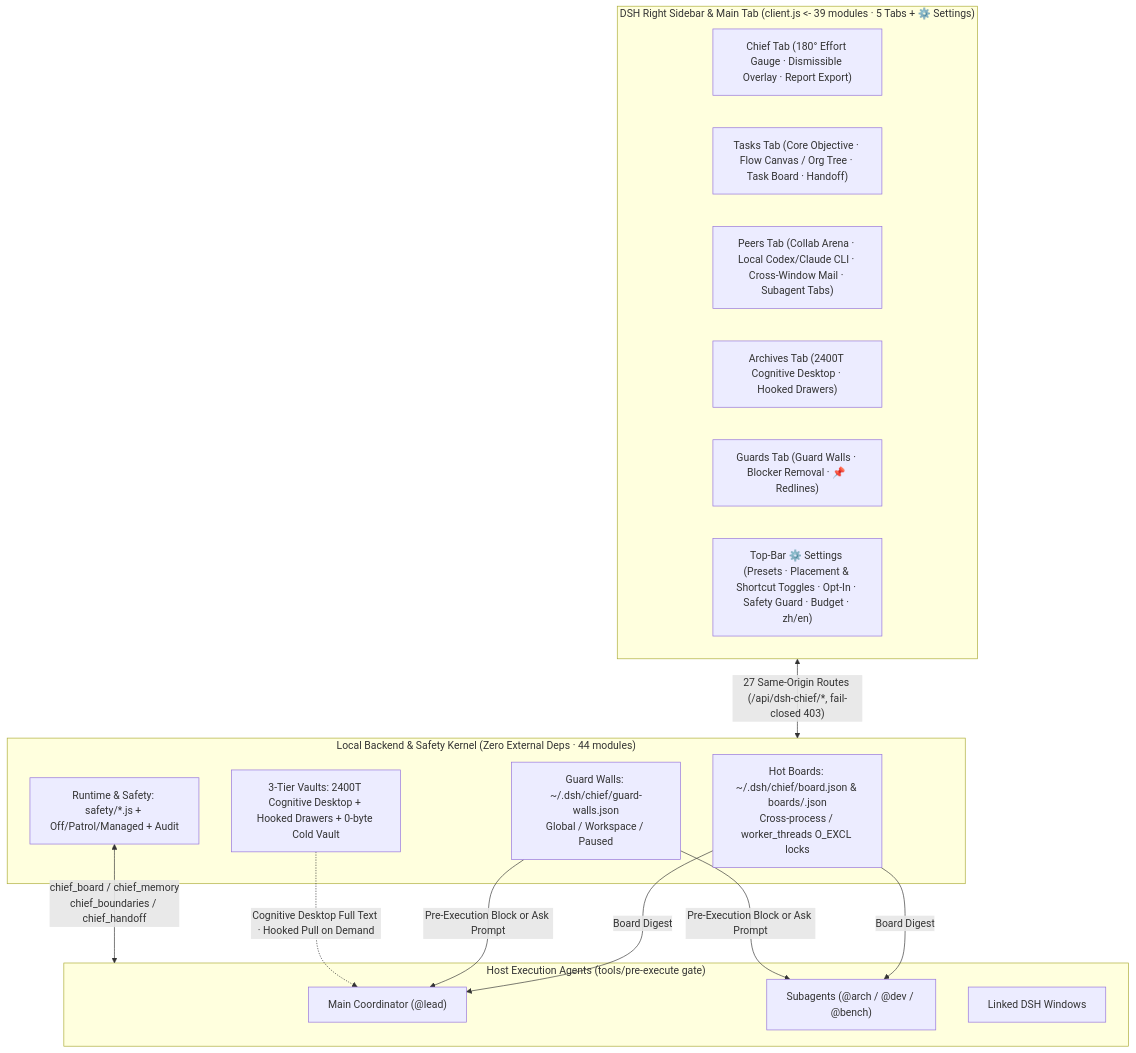
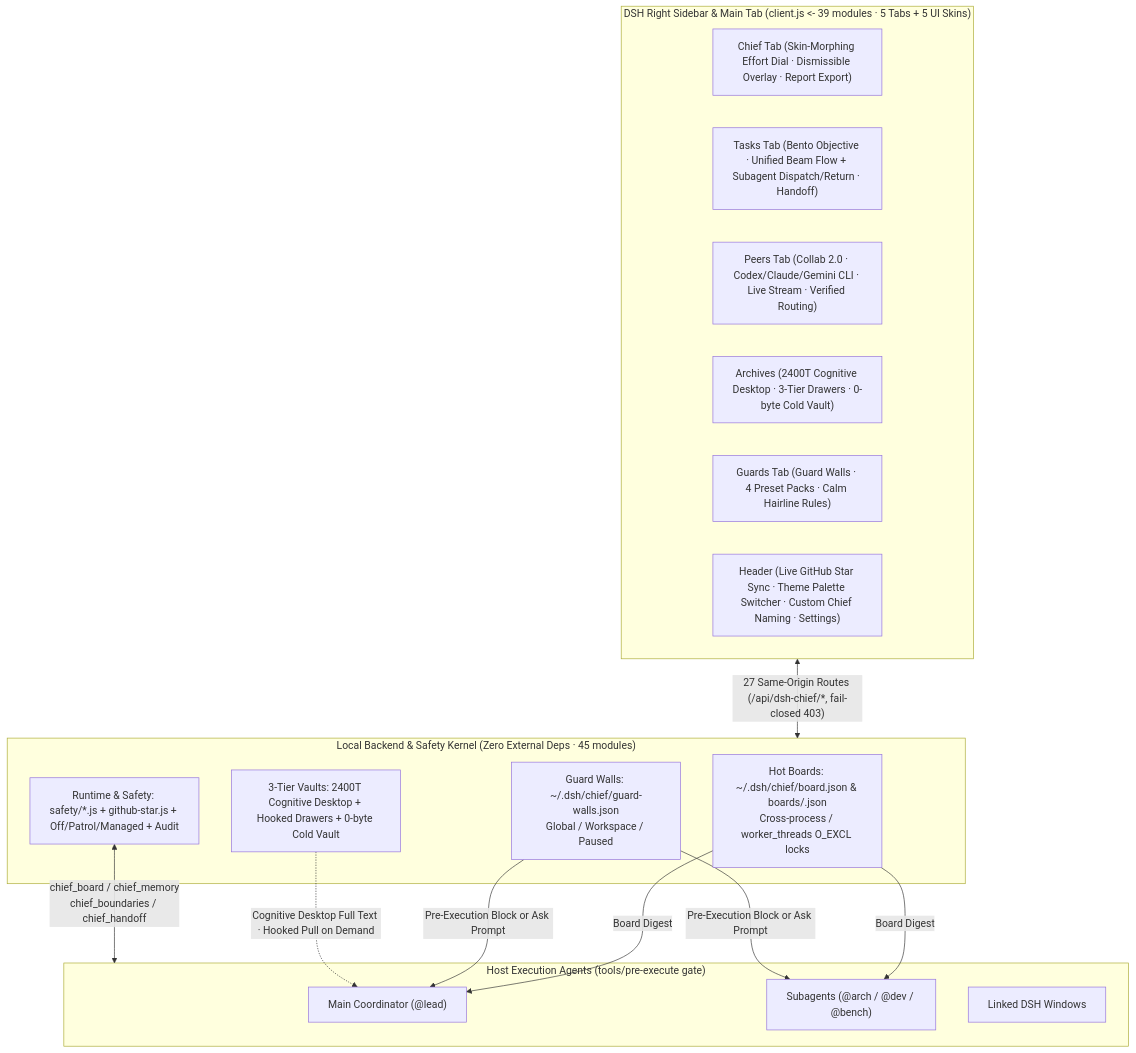
Before and after one commit to gluztm/dsh-chief: the third of 3 diagrams in README.en.md, drawn with Mermaid. The commit also changed other lines of this file and 58 other files, not shown here.

First line of the commit message:
release(v1.8.0): 5-skin visual overhaul, Collab 2.0, peer drop recovery, smart compact & chief short-term memory

````diff
--- a/README.en.md
+++ b/README.en.md
@@ -351,32 +363,32 @@
 ```mermaid
 flowchart TB
-  subgraph UI["DSH Right Sidebar & Main Tab (client.js <- 39 modules · 5 Tabs + ⚙️ Settings)"]
-    T1["Chief Tab (180° Effort Gauge · Dismissible Overlay · Report Export)"]
-    T2["Tasks Tab (Core Objective · Flow Canvas / Org Tree · Task Board · Handoff)"]
-    T3["Peers Tab (Collab Arena · Local Codex/Claude CLI · Cross-Window Mail · Subagent Tabs)"]
-    T5["Archives Tab (2400T Cognitive Desktop · Hooked Drawers)"]
-    T6["Guards Tab (Guard Walls · Blocker Removal · 📌 Redlines)"]
-    T7["Top-Bar ⚙️ Settings (Presets · Placement & Shortcut Toggles · Opt-In · Safety Guard · Budget · zh/en)"]
+  subgraph UI["DSH Right Sidebar & Main Tab (client.js <- 39 modules · 5 Tabs + 5 UI Skins)"]
+    T1["Chief Tab (Skin-Morphing Effort Dial · Dismissible Overlay · Report Export)"]
+    T2["Tasks Tab (Bento Objective · Unified Beam Flow + Subagent Dispatch/Return · Handoff)"]
+    T3["Peers Tab (Collab 2.0 · Codex/Claude/Gemini CLI · Live Stream · Verified Routing)"]
+    T5["Archives (2400T Cognitive Desktop · 3-Tier Drawers · 0-byte Cold Vault)"]
+    T6["Guards Tab (Guard Walls · 4 Preset Packs · Calm Hairline Rules)"]
+    T7["Header (Live GitHub Star Sync · Theme Palette Switcher · Custom Chief Naming · Settings)"]
   end
 
-  subgraph Core["Local Backend & Safety Kernel (Zero External Deps · 44 modules)"]
+  subgraph Core["Local Backend & Safety Kernel (Zero External Deps · 45 modules)"]
     Hot["Hot Boards: ~/.dsh/chief/board.json & boards/<sid>.json\nCross-process / worker_threads O_EXCL locks"]
     Walls["Guard Walls: ~/.dsh/chief/guard-walls.json\nGlobal / Workspace / Paused"]
     Cold["3-Tier Vaults: 2400T Cognitive Desktop + Hooked Drawers + 0-byte Cold Vault"]
-    Bus["Runtime & Safety: safety/*.js + Off/Patrol/Managed + Audit"]
+    Bus["Runtime & Safety: safety/*.js + github-star.js + Off/Patrol/Managed + Audit"]
   end
 
   subgraph Agents["Host Execution Agents (tools/pre-execute gate)"]
     Lead["Main Coordinator (@lead)"]
     Subs["Subagents (@arch / @dev / @bench)"]
     Peers["Linked DSH Windows"]
   end
 
   UI <-->|"27 Same-Origin Routes (/api/dsh-chief/*, fail-closed 403)"| Core
   Hot -->|"Board Digest"| Lead
   Hot -->|"Board Digest"| Subs
   Walls -->|"Pre-Execution Block or Ask Prompt"| Lead
   Walls -->|"Pre-Execution Block or Ask Prompt"| Subs
   Cold -.->|"Cognitive Desktop Full Text · Hooked Pull on Demand"| Lead
   Bus <-->|"chief_board / chief_memory\nchief_boundaries / chief_handoff"| Agents
 ```
````
